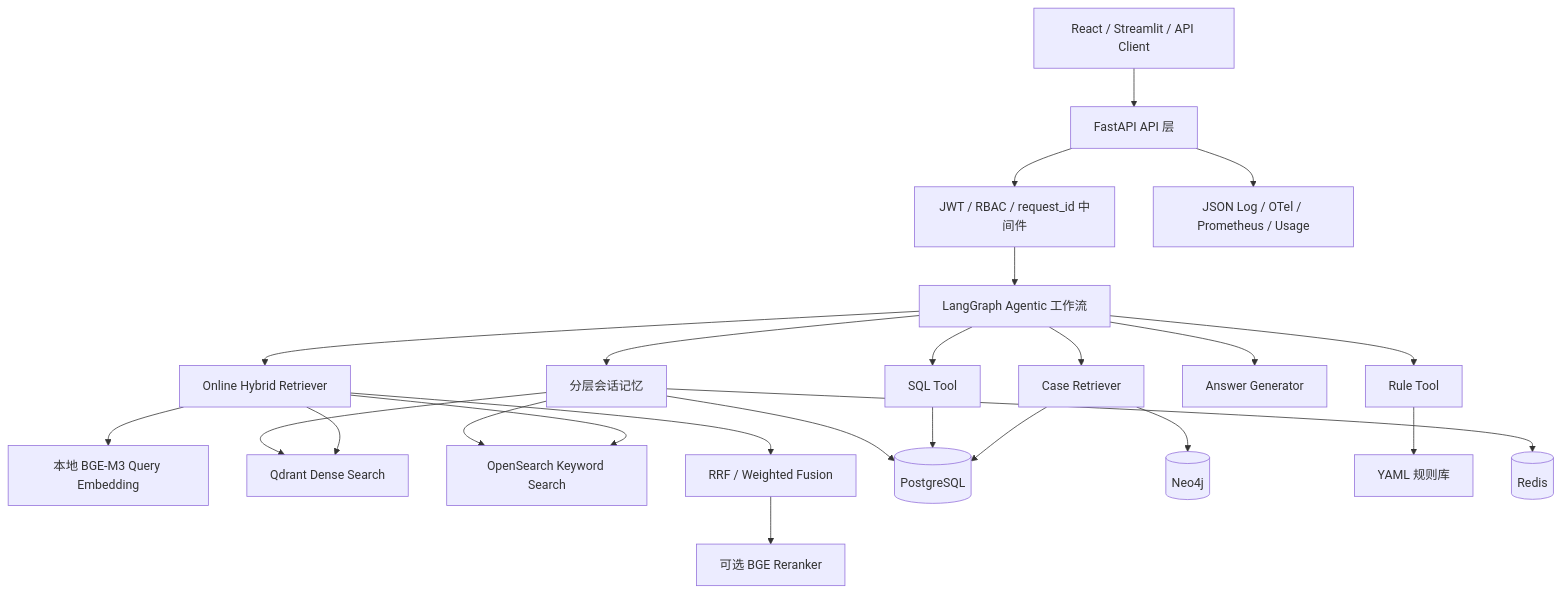
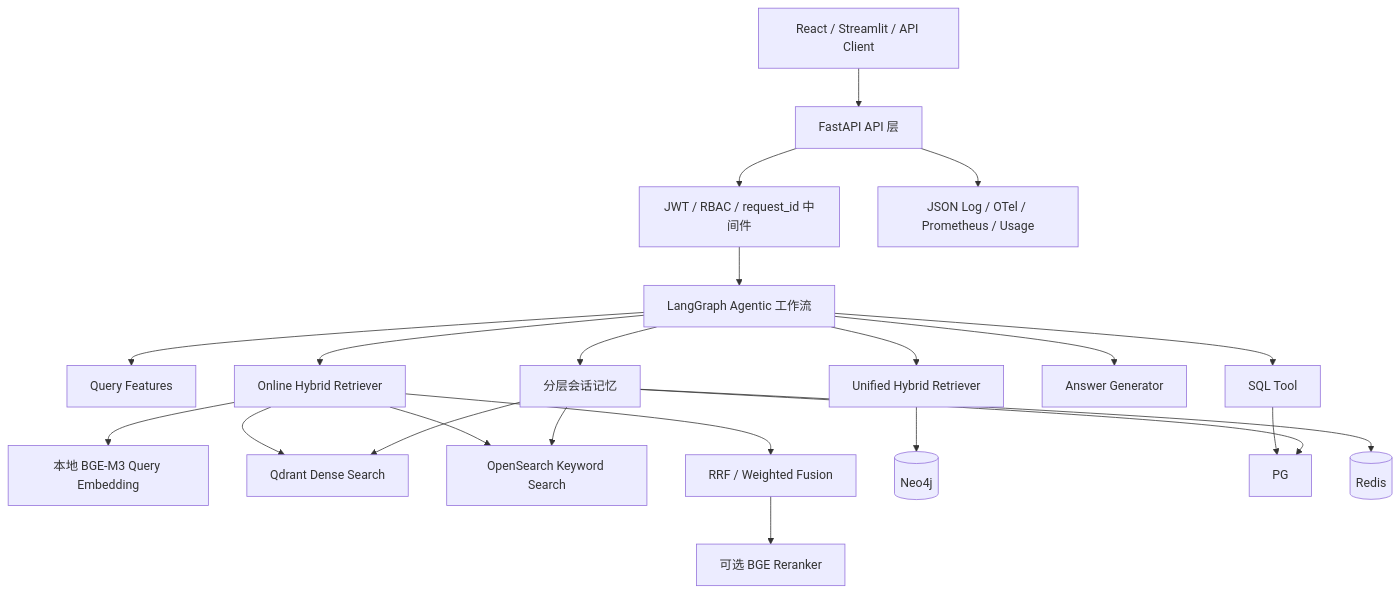
The first of 5 diagrams in docs/architecture.md (nwxshm-ylj/Industrial-Quality-Agentic-RAG-Assistant), drawn with Mermaid before and after one commit. The commit also changed other lines of this file and 157 other files, not shown here.

````diff
--- a/docs/architecture.md
+++ b/docs/architecture.md
@@ -32,31 +32,29 @@
 ```mermaid
 flowchart TB
     U["React / Streamlit / API Client"] --> API["FastAPI API 层"]
     API --> AUTH["JWT / RBAC / request_id 中间件"]
     AUTH --> GRAPH["LangGraph Agentic 工作流"]
 
-    GRAPH --> RULE["Rule Tool"]
+    GRAPH --> FEATURES["Query Features"]
     GRAPH --> SQL["SQL Tool"]
-    GRAPH --> CASE["Case Retriever"]
+    GRAPH --> RETRIEVE["Unified Hybrid Retriever"]
     GRAPH --> RAG["Online Hybrid Retriever"]
     GRAPH --> GEN["Answer Generator"]
 
     RAG --> BGE["本地 BGE-M3 Query Embedding"]
     RAG --> QD["Qdrant Dense Search"]
     RAG --> OS["OpenSearch Keyword Search"]
     RAG --> FUSION["RRF / Weighted Fusion"]
     FUSION --> RERANK["可选 BGE Reranker"]
 
-    CASE --> PG[(PostgreSQL)]
-    CASE --> NEO[(Neo4j)]
+    RETRIEVE --> NEO[(Neo4j)]
     SQL --> PG
-    RULE --> YAML["YAML 规则库"]
 
     GRAPH --> MEM["分层会话记忆"]
     MEM --> PG
     MEM --> REDIS[(Redis)]
     MEM --> QD
     MEM --> OS
 
     API --> OBS["JSON Log / OTel / Prometheus / Usage"]
 ```
````
